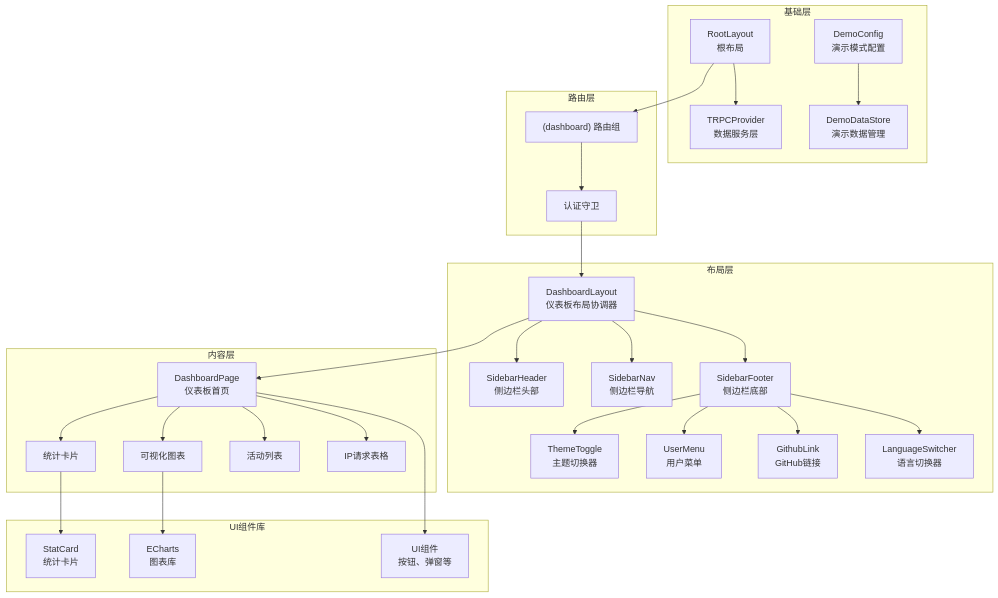
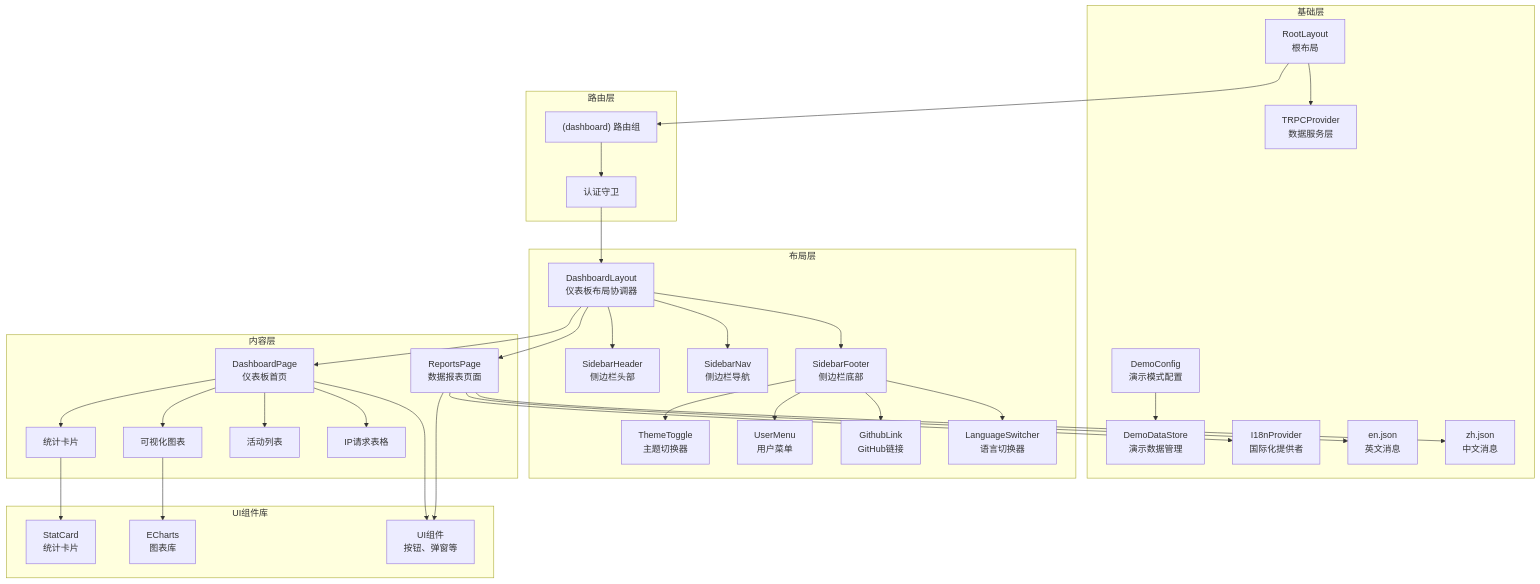
One commit to RadiumAg/AIGate changed the second of 25 diagrams in .qoder/repowiki/zh/content/前端组件/仪表板布局.md. Above: the diagram before and after it, drawn with Mermaid. The commit also changed other lines of this file and 21 other files, not shown here.

````diff
--- a/.qoder/repowiki/zh/content/前端组件/仪表板布局.md
+++ b/.qoder/repowiki/zh/content/前端组件/仪表板布局.md
@@ -176,55 +195,64 @@
 ```mermaid
 graph TD
 subgraph "基础层"
 RootLayout["RootLayout<br/>根布局"]
 TRPCProvider["TRPCProvider<br/>数据服务层"]
 DemoConfig["DemoConfig<br/>演示模式配置"]
 DemoData["DemoDataStore<br/>演示数据管理"]
+I18nProvider["I18nProvider<br/>国际化提供者"]
+EnMessages["en.json<br/>英文消息"]
+ZhMessages["zh.json<br/>中文消息"]
 end
 subgraph "路由层"
 DashboardRoute["(dashboard) 路由组"]
 AuthGuard["认证守卫"]
 end
 subgraph "布局层"
 DashboardLayout["DashboardLayout<br/>仪表板布局协调器"]
 SidebarHeader["SidebarHeader<br/>侧边栏头部"]
 SidebarNav["SidebarNav<br/>侧边栏导航"]
 SidebarFooter["SidebarFooter<br/>侧边栏底部"]
 ThemeToggle["ThemeToggle<br/>主题切换器"]
 UserMenu["UserMenu<br/>用户菜单"]
 GithubLink["GithubLink<br/>GitHub链接"]
 LanguageSwitcher["LanguageSwitcher<br/>语言切换器"]
 end
 subgraph "内容层"
 DashboardPage["DashboardPage<br/>仪表板首页"]
+ReportsPage["ReportsPage<br/>数据报表页面"]
 StatCards["统计卡片"]
 Charts["可视化图表"]
 ActivityFeed["活动列表"]
 IpTable["IP请求表格"]
 end
 subgraph "UI组件库"
 StatCard["StatCard<br/>统计卡片"]
 ECharts["ECharts<br/>图表库"]
 UIComponents["UI组件<br/>按钮、弹窗等"]
 end
 RootLayout --> TRPCProvider
 RootLayout --> DashboardRoute
 DashboardRoute --> AuthGuard
 AuthGuard --> DashboardLayout
 DashboardLayout --> SidebarHeader
 DashboardLayout --> SidebarNav
 DashboardLayout --> SidebarFooter
 SidebarFooter --> ThemeToggle
 SidebarFooter --> UserMenu
 SidebarFooter --> GithubLink
 SidebarFooter --> LanguageSwitcher
 DashboardLayout --> DashboardPage
+DashboardLayout --> ReportsPage
 DashboardPage --> StatCards
 DashboardPage --> Charts
 DashboardPage --> ActivityFeed
 DashboardPage --> IpTable
+ReportsPage --> I18nProvider
+ReportsPage --> EnMessages
+ReportsPage --> ZhMessages
 StatCards --> StatCard
 Charts --> ECharts
 DashboardPage --> UIComponents
+ReportsPage --> UIComponents
 DemoConfig --> DemoData
 ```
````
